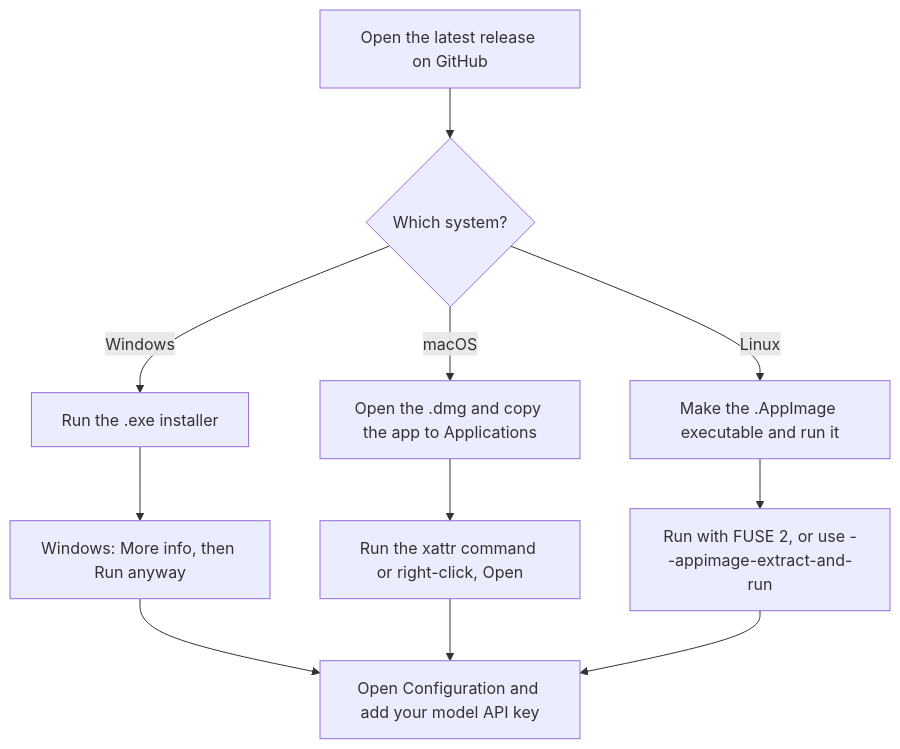
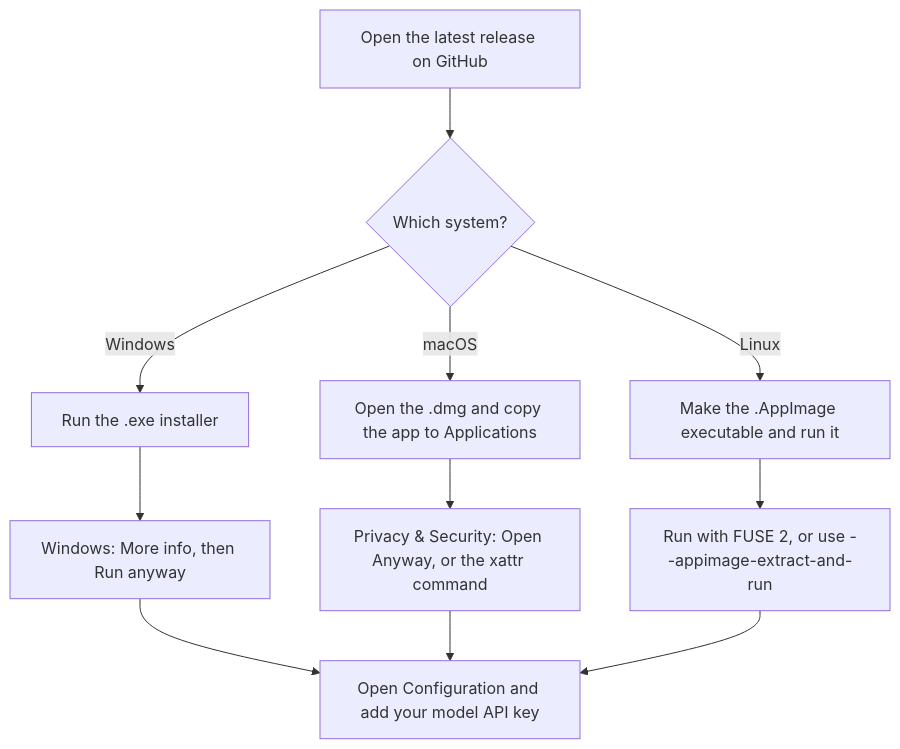
One commit to sarveshtalele/maf-harness-testing changed the first of 2 diagrams in docs/USER_GUIDE.md. Above: the diagram before and after it, drawn with Mermaid. The commit also changed other lines of this file and 1 other file, not shown here.

First line of the commit message:
docs: macOS first launch for the unsigned app (Open Anyway / xattr)

````diff
--- a/docs/USER_GUIDE.md
+++ b/docs/USER_GUIDE.md
@@ -36,13 +36,13 @@
 ```mermaid
 flowchart TD
   A["Open the latest release on GitHub"] --> B{"Which system?"}
   B -->|Windows| C["Run the .exe installer"]
   B -->|macOS| D["Open the .dmg and copy the app to Applications"]
   B -->|Linux| E["Make the .AppImage executable and run it"]
   C --> F["Windows: More info, then Run anyway"]
-  D --> G["Run the xattr command or right-click, Open"]
+  D --> G["Privacy & Security: Open Anyway, or the xattr command"]
   E --> H["Run with FUSE 2, or use --appimage-extract-and-run"]
   F --> I["Open Configuration and add your model API key"]
   G --> I
   H --> I
 ```
````
